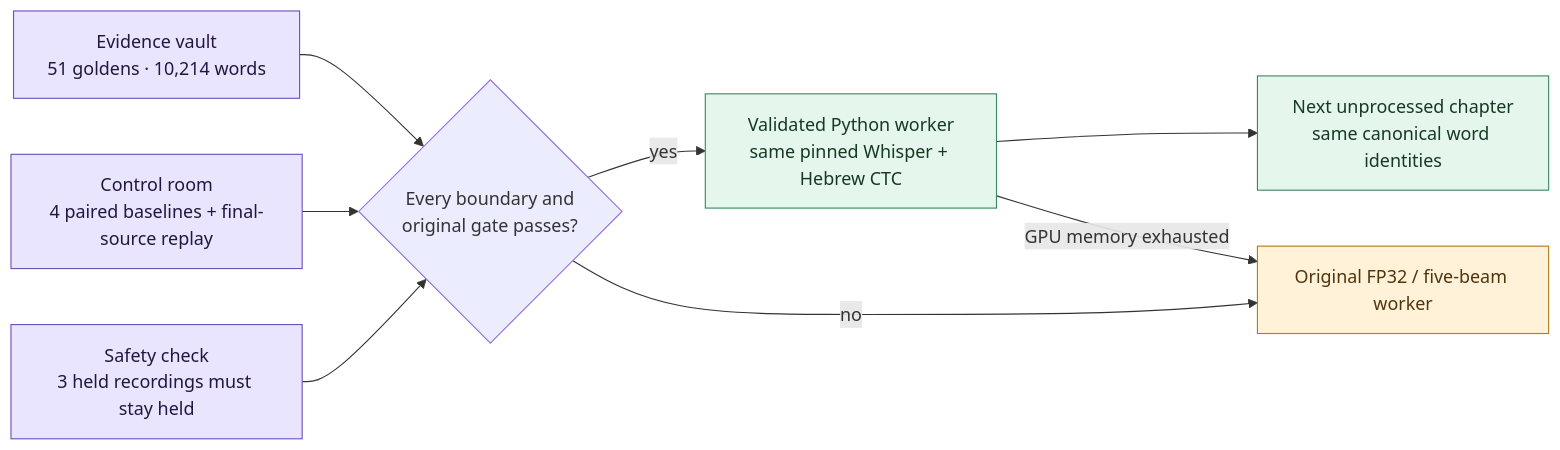
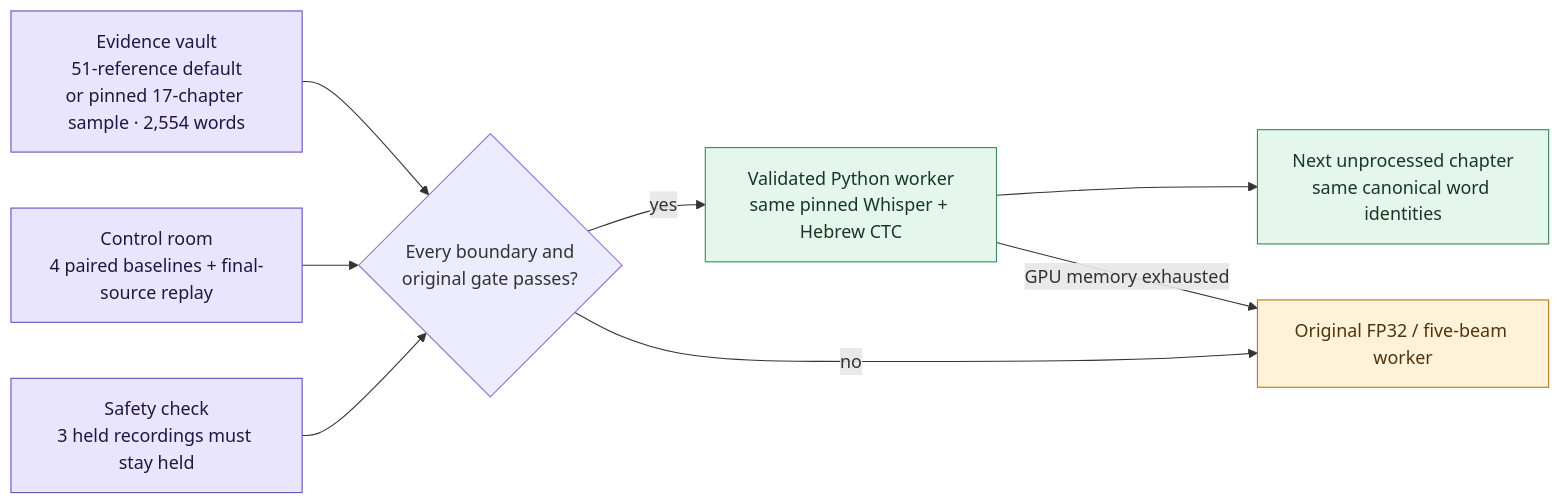
One commit to bible-on-site/bible-on-site changed the second of 2 diagrams in data/recitation/PERFORMANCE.md. Above: the diagram before and after it, drawn with Mermaid. The commit also changed other lines of this file and 4 other files, not shown here.

Commit message:
Resume the validated recitation profile with its fixed 17-chapter evidence

````diff
--- a/data/recitation/PERFORMANCE.md
+++ b/data/recitation/PERFORMANCE.md
@@ -170,17 +186,17 @@
 ```mermaid
 flowchart LR
-    A["Evidence vault<br/>51 goldens · 10,214 words"] --> G
+    A["Evidence vault<br/>51-reference default<br/>or pinned 17-chapter sample · 2,554 words"] --> G
     B["Control room<br/>4 paired baselines + final-source replay"] --> G
     C["Safety check<br/>3 held recordings must stay held"] --> G
     G{"Every boundary and<br/>original gate passes?"} -->|yes| W
     W["Validated Python worker<br/>same pinned Whisper + Hebrew CTC"] --> Q
     Q["Next unprocessed chapter<br/>same canonical word identities"]
     G -->|no| F["Original FP32 / five-beam worker"]
     W -->|GPU memory exhausted| F
     classDef evidence fill:#e9e5ff,stroke:#7050bb,color:#22173e
     classDef work fill:#e5f6ec,stroke:#3b8a5b,color:#173923
     classDef fallback fill:#fff2d9,stroke:#b87922,color:#50340c
     class A,B,C evidence
     class W,Q work
     class F fallback
 ```
````
